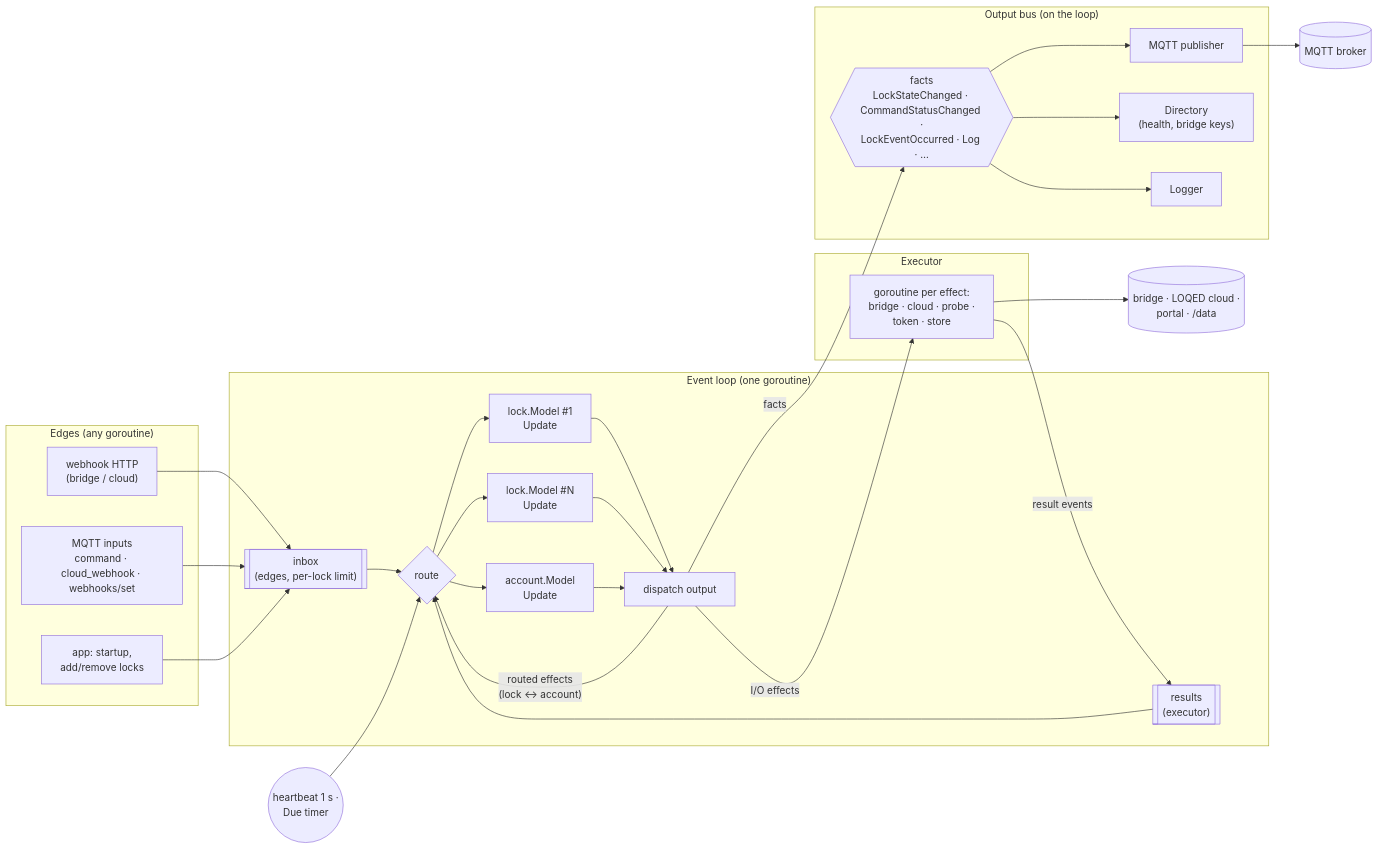
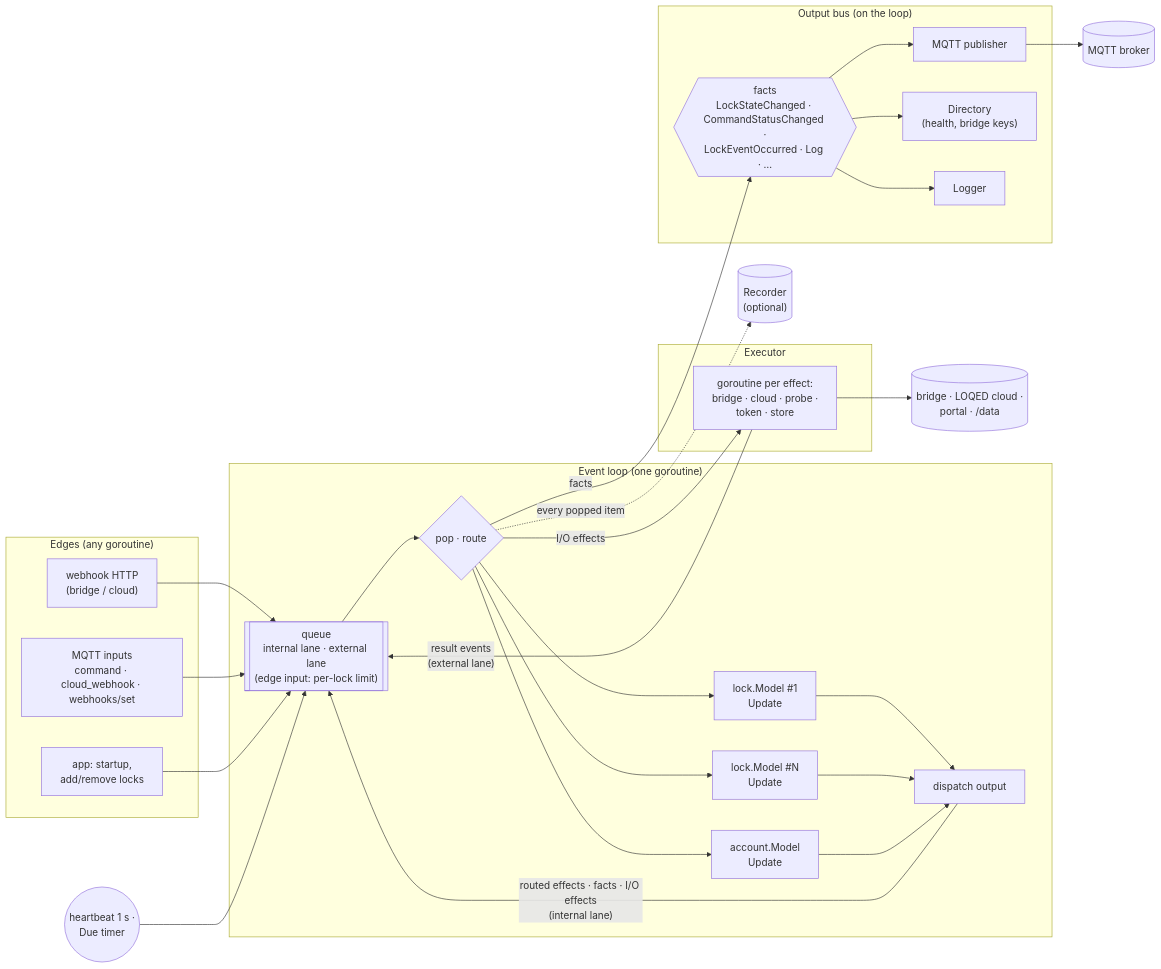
Before and after one commit to t3hk0d3/go-loqed: the first of 5 diagrams in docs/superpowers/specs/2026-10-10-elm-architecture-design.md, drawn with Mermaid. The commit also changed other lines of this file, not shown here.

Commit message:
spec: unified two-lane queue, recorder tap, timer helpers

````diff
--- a/docs/superpowers/specs/2026-10-10-elm-architecture-design.md
+++ b/docs/superpowers/specs/2026-10-10-elm-architecture-design.md
@@ -35,45 +35,44 @@
 ```mermaid
 flowchart LR
     subgraph Edges["Edges (any goroutine)"]
         HTTP["webhook HTTP<br/>(bridge / cloud)"]
         MQ["MQTT inputs<br/>command · cloud_webhook · webhooks/set"]
         APP["app: startup,<br/>add/remove locks"]
     end
 
     subgraph Loop["Event loop (one goroutine)"]
-        IN[["inbox<br/>(edges, per-lock limit)"]]
-        RES[["results<br/>(executor)"]]
-        R{"route"}
+        Q[["queue<br/>internal lane · external lane<br/>(edge input: per-lock limit)"]]
+        R{"pop · route"}
         L1["lock.Model #1<br/>Update"]
         L2["lock.Model #N<br/>Update"]
         A["account.Model<br/>Update"]
         D["dispatch output"]
     end
 
     subgraph Bus["Output bus (on the loop)"]
         F{{"facts<br/>LockStateChanged · CommandStatusChanged ·<br/>LockEventOccurred · Log · …"}}
         SM["MQTT publisher"]
         SD["Directory<br/>(health, bridge keys)"]
         SL["Logger"]
     end
 
     subgraph Exec["Executor"]
         GO["goroutine per effect:<br/>bridge · cloud · probe ·<br/>token · store"]
     end
 
-    HTTP --> IN
-    MQ --> IN
-    APP --> IN
-    IN --> R
-    RES --> R
-    T(("heartbeat 1 s ·<br/>Due timer")) --> R
+    HTTP --> Q
+    MQ --> Q
+    APP --> Q
+    T(("heartbeat 1 s ·<br/>Due timer")) --> Q
+    Q --> R
     R --> L1 & L2 & A
     L1 & L2 & A --> D
-    D -- "routed effects<br/>(lock ↔ account)" --> R
-    D -- "facts" --> F
+    D -- "routed effects · facts · I/O effects<br/>(internal lane)" --> Q
+    R -- "facts" --> F
     F --> SM & SD & SL
-    D -- "I/O effects" --> GO
-    GO -- "result events" --> RES
+    R -- "I/O effects" --> GO
+    GO -- "result events<br/>(external lane)" --> Q
+    R -. "every popped item" .-> REC[("Recorder<br/>(optional)")]
     SM --> BROKER[("MQTT broker")]
     GO --> NET[("bridge · LOQED cloud ·<br/>portal · /data")]
 ```
````
